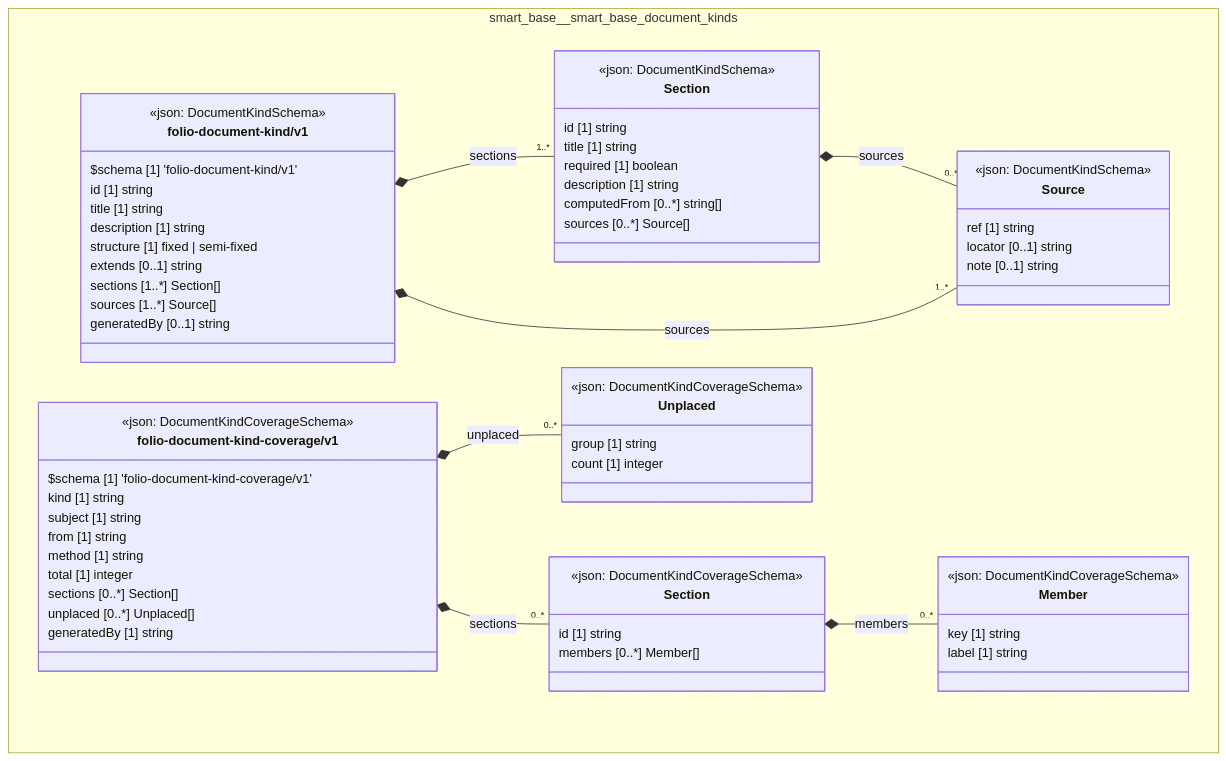
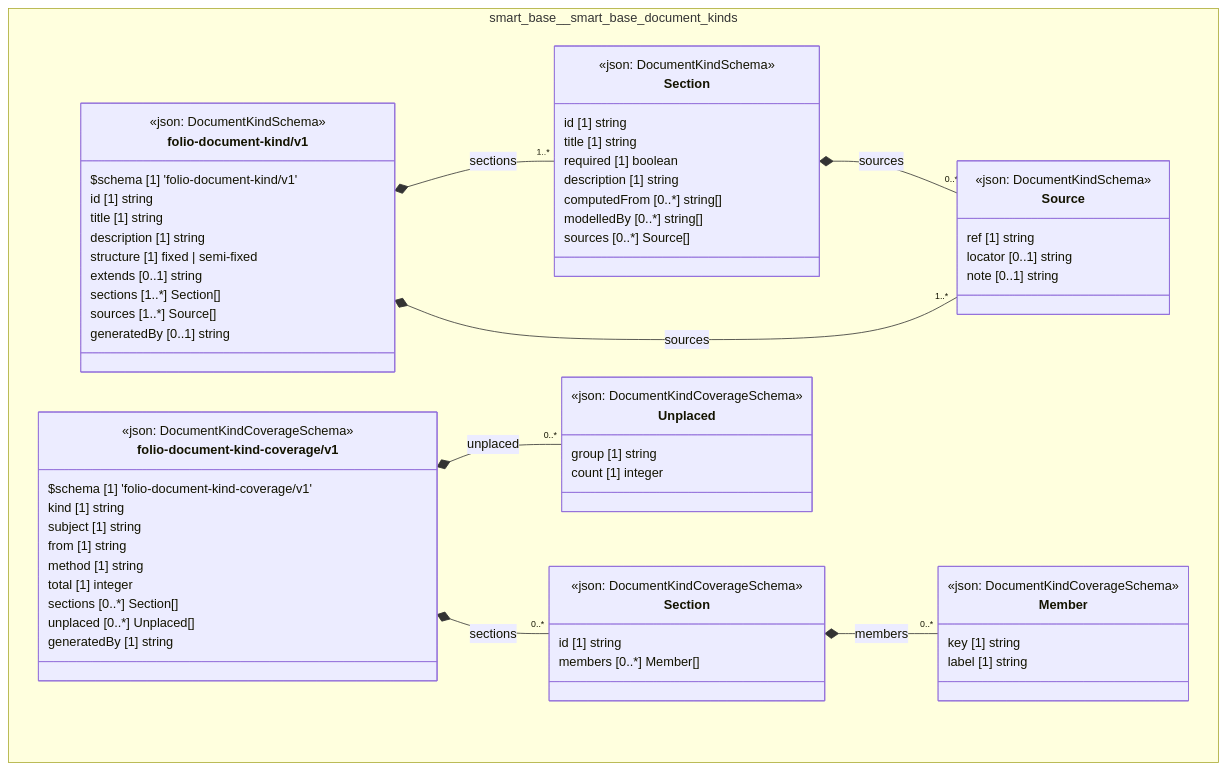
Before and after one commit to litlfred/folio-assistant: the diagram in cat-harness/uml/overview/smart-base/smart-base-document-kinds.mmd, drawn with Mermaid. The commit also changed 50 other files, not shown here.

```diff
--- a/cat-harness/uml/overview/smart-base/smart-base-document-kinds.mmd
+++ b/cat-harness/uml/overview/smart-base/smart-base-document-kinds.mmd
@@ -1,71 +1,72 @@
 classDiagram
   direction TB
   namespace smart_base__smart_base_document_kinds {
     class smart_base_smart_base_document_kinds_folio_document_kind_v1_Source["Source"] {
       <<json: DocumentKindSchema>>
       ref [1] string
       locator [0..1] string
       note [0..1] string
     }
     class smart_base_smart_base_document_kinds_folio_document_kind_v1_Section["Section"] {
       <<json: DocumentKindSchema>>
       id [1] string
       title [1] string
       required [1] boolean
       description [1] string
       computedFrom [0..*] string[]
+      modelledBy [0..*] string[]
       sources [0..*] Source[]
     }
     class smart_base_smart_base_document_kinds_folio_document_kind_v1_folio_document_kind_v1["folio-document-kind/v1"] {
       <<json: DocumentKindSchema>>
       $schema [1] 'folio-document-kind/v1'
       id [1] string
       title [1] string
       description [1] string
       structure [1] fixed | semi-fixed
       extends [0..1] string
       sections [1..*] Section[]
       sources [1..*] Source[]
       generatedBy [0..1] string
     }
     class smart_base_smart_base_document_kinds_folio_document_kind_coverage_v1_Member["Member"] {
       <<json: DocumentKindCoverageSchema>>
       key [1] string
       label [1] string
     }
     class smart_base_smart_base_document_kinds_folio_document_kind_coverage_v1_Section["Section"] {
       <<json: DocumentKindCoverageSchema>>
       id [1] string
       members [0..*] Member[]
     }
     class smart_base_smart_base_document_kinds_folio_document_kind_coverage_v1_Unplaced["Unplaced"] {
       <<json: DocumentKindCoverageSchema>>
       group [1] string
       count [1] integer
     }
     class smart_base_smart_base_document_kinds_folio_document_kind_coverage_v1_folio_document_kind_coverage_v1["folio-document-kind-coverage/v1"] {
       <<json: DocumentKindCoverageSchema>>
       $schema [1] 'folio-document-kind-coverage/v1'
       kind [1] string
       subject [1] string
       from [1] string
       method [1] string
       total [1] integer
       sections [0..*] Section[]
       unplaced [0..*] Unplaced[]
       generatedBy [1] string
     }
   }
   smart_base_smart_base_document_kinds_folio_document_kind_v1_Section *-- "0..*" smart_base_smart_base_document_kinds_folio_document_kind_v1_Source : sources
   smart_base_smart_base_document_kinds_folio_document_kind_v1_folio_document_kind_v1 *-- "1..*" smart_base_smart_base_document_kinds_folio_document_kind_v1_Section : sections
   smart_base_smart_base_document_kinds_folio_document_kind_v1_folio_document_kind_v1 *-- "1..*" smart_base_smart_base_document_kinds_folio_document_kind_v1_Source : sources
   smart_base_smart_base_document_kinds_folio_document_kind_coverage_v1_Section *-- "0..*" smart_base_smart_base_document_kinds_folio_document_kind_coverage_v1_Member : members
   smart_base_smart_base_document_kinds_folio_document_kind_coverage_v1_folio_document_kind_coverage_v1 *-- "0..*" smart_base_smart_base_document_kinds_folio_document_kind_coverage_v1_Section : sections
   smart_base_smart_base_document_kinds_folio_document_kind_coverage_v1_folio_document_kind_coverage_v1 *-- "0..*" smart_base_smart_base_document_kinds_folio_document_kind_coverage_v1_Unplaced : unplaced
   cssClass "smart_base_smart_base_document_kinds_folio_document_kind_v1_Source" fa_uml_kind_document_kinds
   cssClass "smart_base_smart_base_document_kinds_folio_document_kind_v1_Section" fa_uml_kind_document_kinds
   cssClass "smart_base_smart_base_document_kinds_folio_document_kind_v1_folio_document_kind_v1" fa_uml_kind_document_kinds
   cssClass "smart_base_smart_base_document_kinds_folio_document_kind_coverage_v1_Member" fa_uml_kind_document_kinds
   cssClass "smart_base_smart_base_document_kinds_folio_document_kind_coverage_v1_Section" fa_uml_kind_document_kinds
   cssClass "smart_base_smart_base_document_kinds_folio_document_kind_coverage_v1_Unplaced" fa_uml_kind_document_kinds
   cssClass "smart_base_smart_base_document_kinds_folio_document_kind_coverage_v1_folio_document_kind_coverage_v1" fa_uml_kind_document_kinds
```
